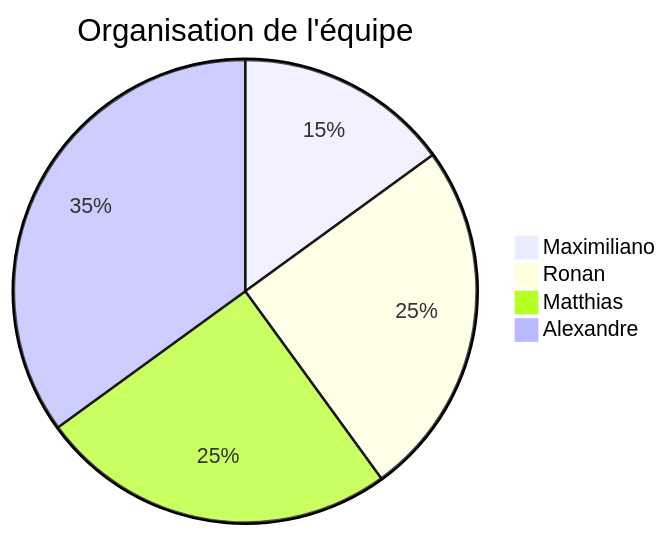
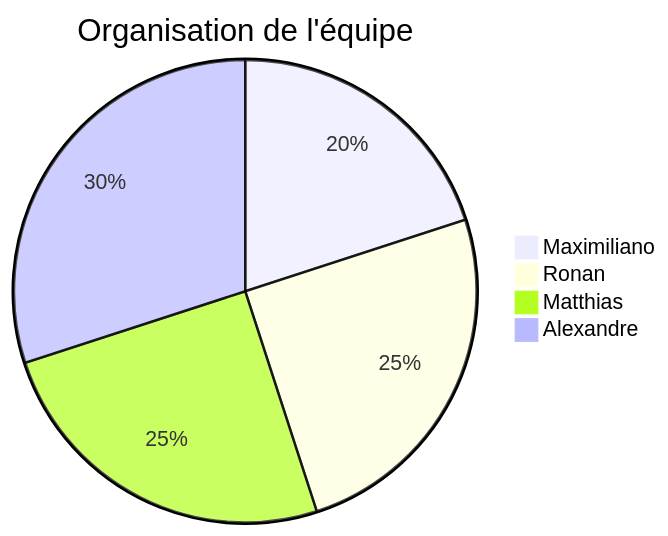
Before and after one commit to Altawn/ing1-ece-world: the eighth of 8 diagrams in marp-projet-info/presentation.md, drawn with Mermaid.

Commit message:
Update presentation.md
modif sur des détails

```diff
--- a/marp-projet-info/presentation.md
+++ b/marp-projet-info/presentation.md
@@ -582,8 +582,8 @@
 <div class = "mermaid">
 %%{init: {'theme':''}}%%
 pie title Organisation de l'équipe
-    "Maximiliano" : 15
+    "Maximiliano" : 20
     "Ronan" : 25
     "Matthias" : 25
-    "Alexandre" : 35
+    "Alexandre" : 30
 </div>
```
